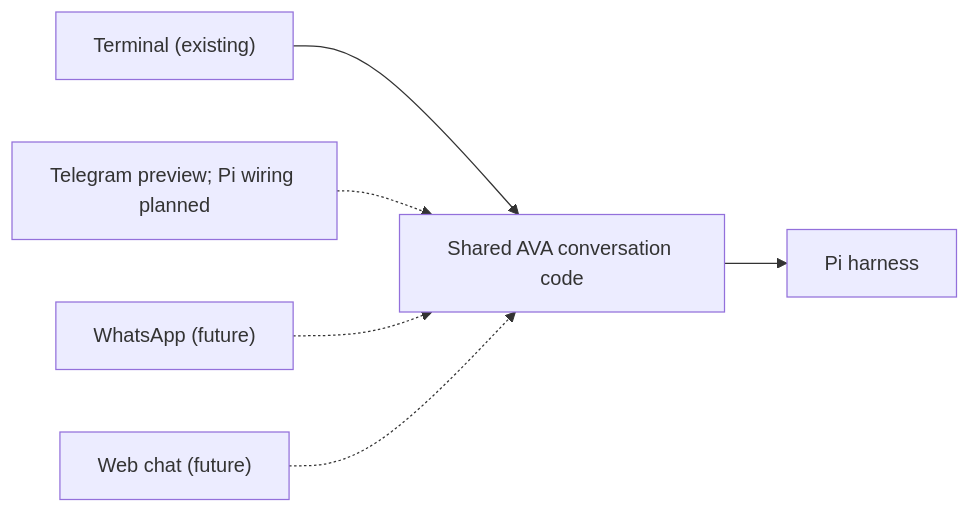
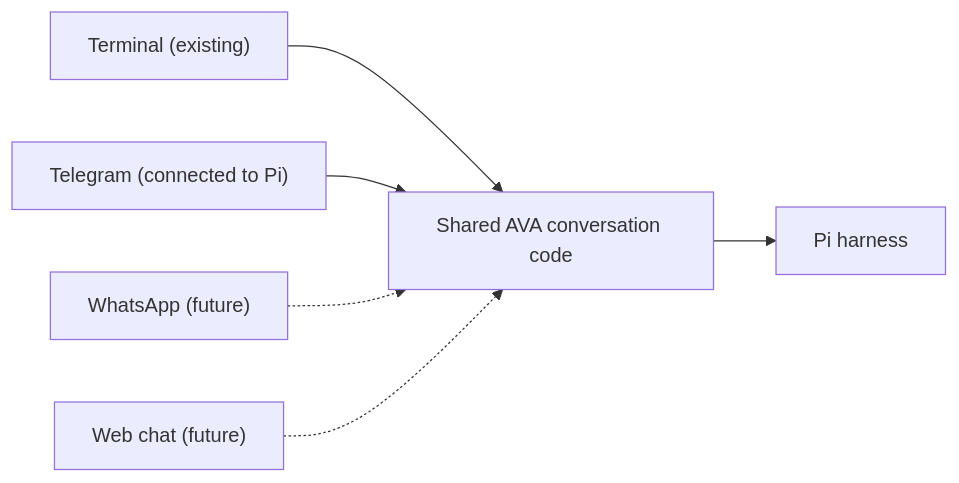
One commit to fjeansilva/ava-personal-assistant changed the second of 2 diagrams in docs/telegram-channel-plan.md. Above: the diagram before and after it, drawn with Mermaid. The commit also changed other lines of this file and 5 other files, not shown here.

````diff
--- a/docs/telegram-channel-plan.md
+++ b/docs/telegram-channel-plan.md
@@ -77,8 +79,8 @@
 ```mermaid
 flowchart LR
     Terminal["Terminal (existing)"] --> Conversation["Shared AVA conversation code"]
-    Telegram["Telegram preview; Pi wiring planned"] -.-> Conversation
+    Telegram["Telegram (connected to Pi)"] --> Conversation
     WhatsApp["WhatsApp (future)"] -.-> Conversation
     Web["Web chat (future)"] -.-> Conversation
     Conversation --> Pi["Pi harness"]
 ```
````
